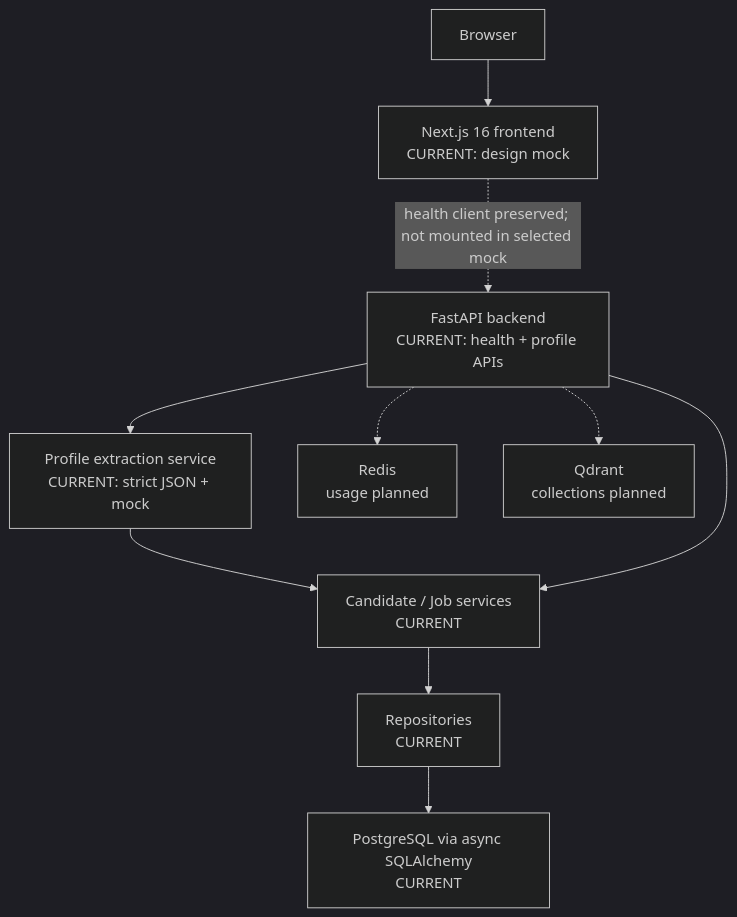
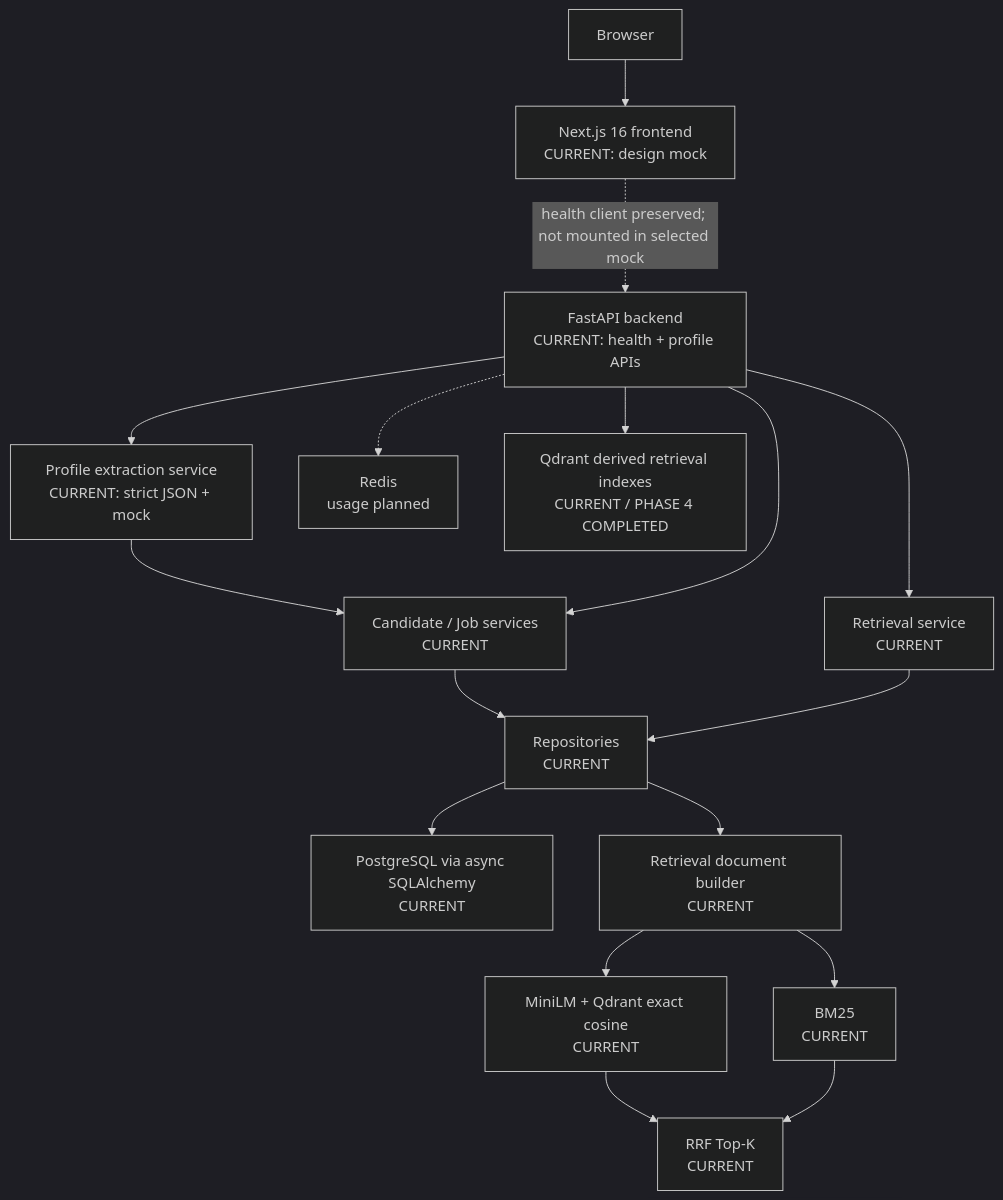
Before and after one commit to rM0on/peoplematch-agent: the first of 2 diagrams in docs/architecture.md, drawn with Mermaid (dark theme). The commit also changed other lines of this file and 42 other files, not shown here.

````diff
--- a/docs/architecture.md
+++ b/docs/architecture.md
@@ -25,12 +25,19 @@
 ```mermaid
 flowchart TD
     Browser["Browser"] --> Next["Next.js 16 frontend\nCURRENT: design mock"]
     Next -. "health client preserved; not mounted in selected mock" .-> FastAPI["FastAPI backend\nCURRENT: health + profile APIs"]
     FastAPI --> Extraction["Profile extraction service\nCURRENT: strict JSON + mock"]
     Extraction --> Service["Candidate / Job services\nCURRENT"]
     FastAPI --> Service
     Service --> Repository["Repositories\nCURRENT"]
     Repository --> PG["PostgreSQL via async SQLAlchemy\nCURRENT"]
+    FastAPI --> RetrievalService["Retrieval service\nCURRENT"]
+    RetrievalService --> Repository
+    Repository --> Retrieval["Retrieval document builder\nCURRENT"]
+    Retrieval --> Dense["MiniLM + Qdrant exact cosine\nCURRENT"]
+    Retrieval --> Sparse["BM25\nCURRENT"]
+    Dense --> Fusion["RRF Top-K\nCURRENT"]
+    Sparse --> Fusion
     FastAPI -.-> Redis["Redis\nusage planned"]
-    FastAPI -.-> Qdrant["Qdrant\ncollections planned"]
+    FastAPI --> Qdrant["Qdrant derived retrieval indexes\nCURRENT / PHASE 4 COMPLETED"]
 ```
````
